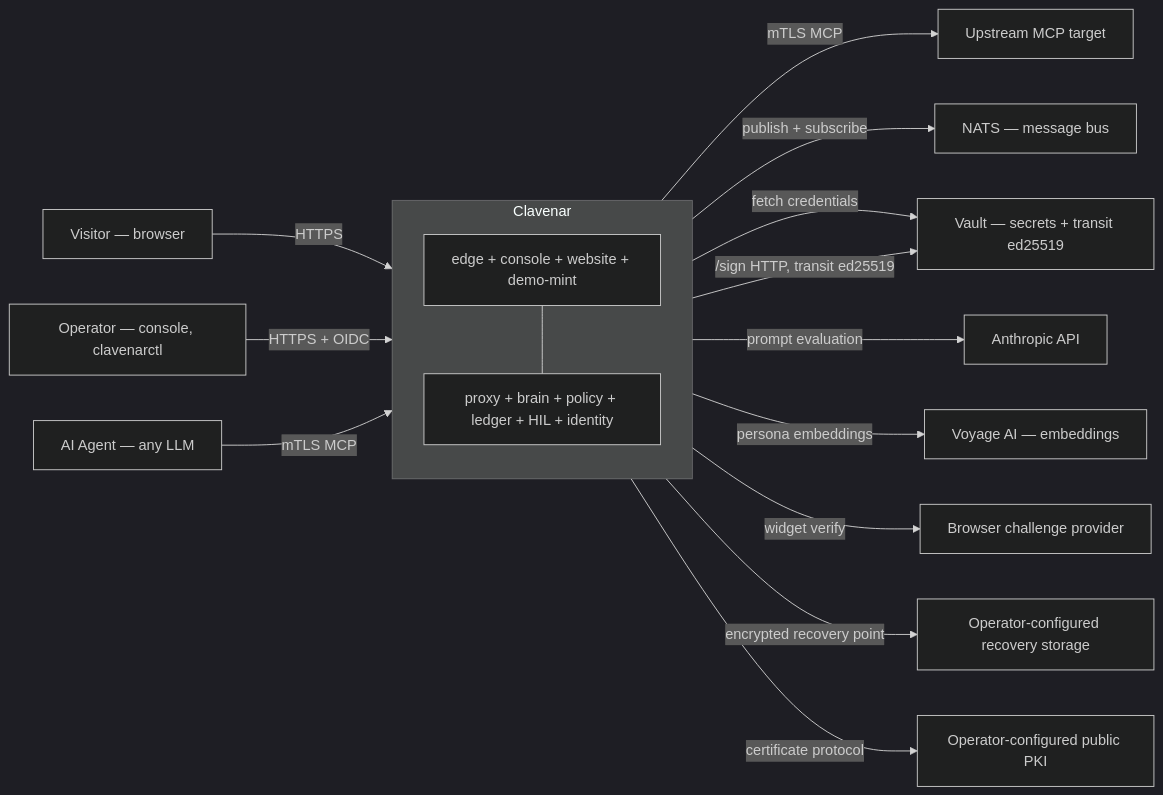
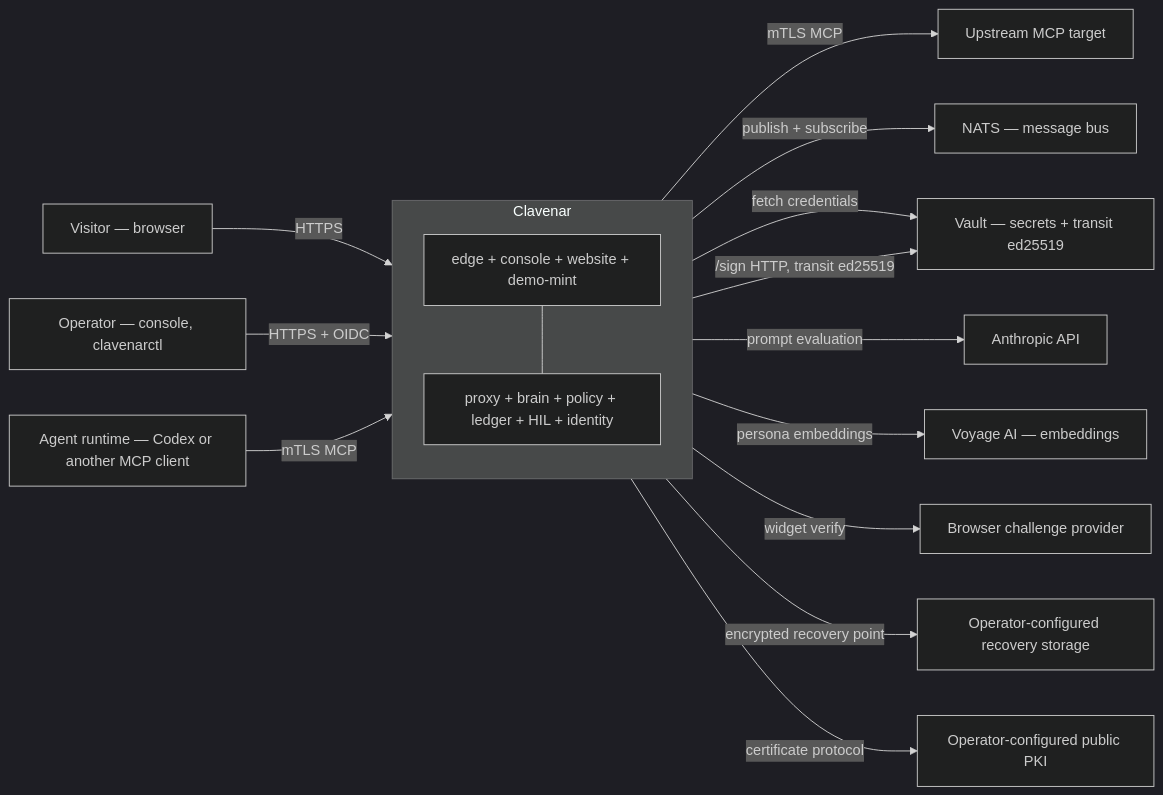
One commit to clavenar/clavenar-specs changed the first of 5 diagrams in docs/ARCHITECTURE.md. Above: the diagram before and after it, drawn with Mermaid (dark theme). The commit also changed other lines of this file and 11 other files, not shown here.

````diff
--- a/docs/ARCHITECTURE.md
+++ b/docs/ARCHITECTURE.md
@@ -22,40 +19,40 @@
 ```mermaid
 flowchart LR
   accTitle: Clavenar system context
   accDescr: Visitors, operators, and AI agents enter Clavenar through browser, operator, and mTLS interfaces; the platform reaches an upstream MCP target and its configured messaging, secret, model, challenge, recovery, and PKI dependencies.
 
   Visitor[Visitor — browser]
   Operator[Operator — console, clavenarctl]
-  Agent[AI Agent — any LLM]
+  Agent[Agent runtime — Codex or another MCP client]
   Upstream[Upstream MCP target]
 
   subgraph Clavenar[Clavenar]
     direction TB
     Edge[edge + console + website + demo-mint]
     Core[proxy + brain + policy + ledger + HIL + identity]
   end
 
   NATS[NATS — message bus]
   Vault[Vault — secrets + transit ed25519]
   Anthropic[Anthropic API]
   Voyage[Voyage AI — embeddings]
   Challenge[Browser challenge provider]
   Recovery[Operator-configured recovery storage]
   PKI[Operator-configured public PKI]
 
   Visitor -->|HTTPS| Edge
   Operator -->|HTTPS + OIDC| Edge
   Agent -->|mTLS MCP| Core
   Core -->|mTLS MCP| Upstream
 
   Edge --- Core
 
   Core -->|publish + subscribe| NATS
   Core -->|fetch credentials| Vault
   Core -->|/sign HTTP, transit ed25519| Vault
   Core -->|prompt evaluation| Anthropic
   Core -->|persona embeddings| Voyage
   Edge -->|widget verify| Challenge
   Edge -->|encrypted recovery point| Recovery
   Edge -->|certificate protocol| PKI
 ```
````
